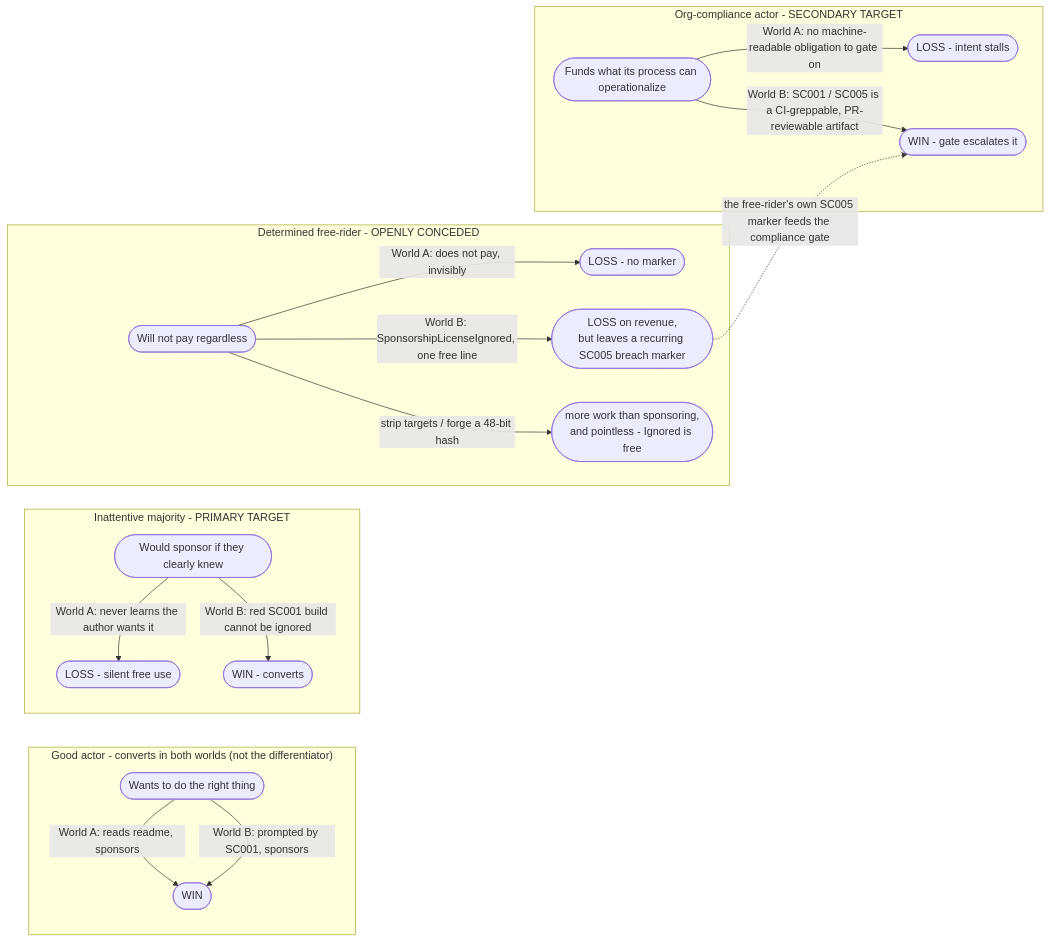
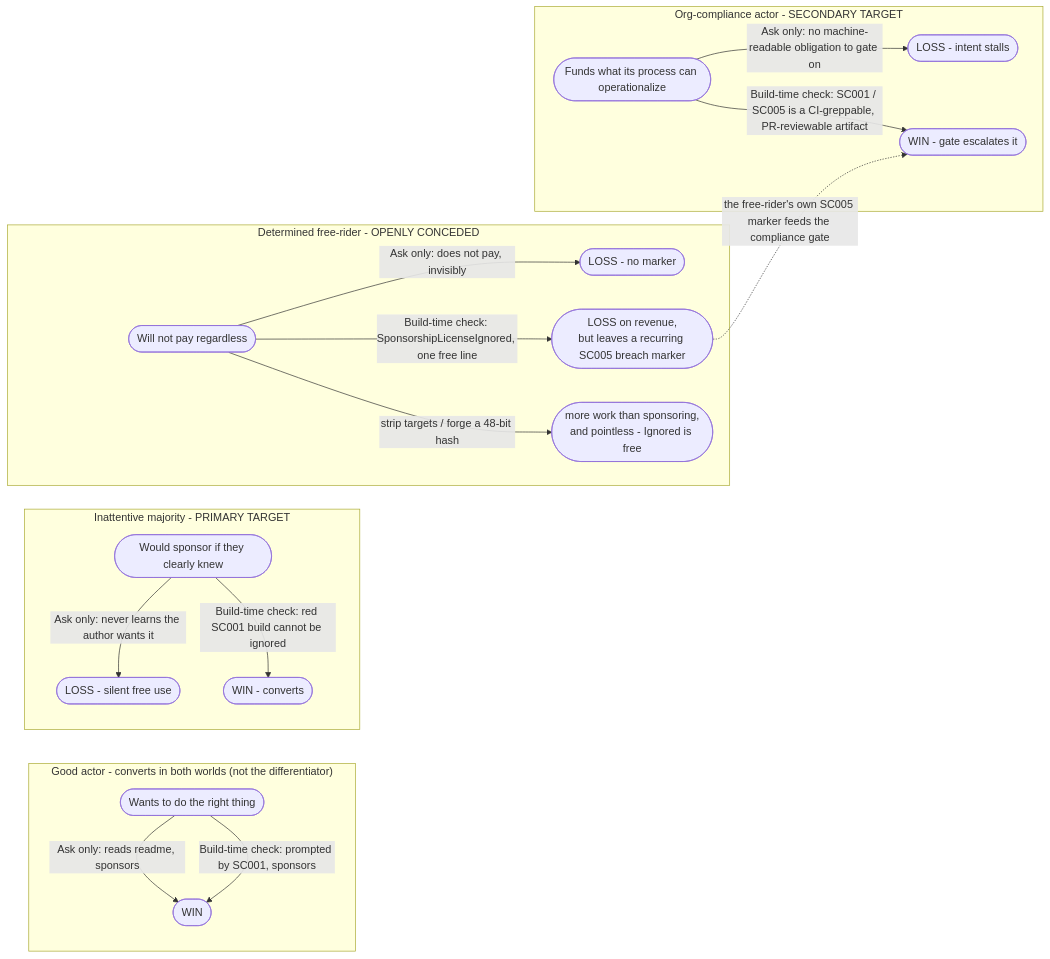
The fourth of 4 diagrams in docs/WhyBuildTimeVerification.md (SimonCropp/SponsorCheck), drawn with Mermaid before and after one commit. The commit also changed other lines of this file, not shown here.

````diff
--- a/docs/WhyBuildTimeVerification.md
+++ b/docs/WhyBuildTimeVerification.md
@@ -149,29 +149,29 @@
 ```mermaid
 flowchart LR
     subgraph Good["Good actor - converts in both worlds (not the differentiator)"]
         G0(["Wants to do the right thing"])
-        G0 -->|"World A: reads readme, sponsors"| GW(["WIN"])
-        G0 -->|"World B: prompted by SC001, sponsors"| GW
+        G0 -->|"Ask only: reads readme, sponsors"| GW(["WIN"])
+        G0 -->|"Build-time check: prompted by SC001, sponsors"| GW
     end
 
     subgraph Inatt["Inattentive majority - PRIMARY TARGET"]
         I0(["Would sponsor if they clearly knew"])
-        I0 -->|"World A: never learns the author wants it"| ILoss(["LOSS - silent free use"])
-        I0 -->|"World B: red SC001 build cannot be ignored"| IWin(["WIN - converts"])
+        I0 -->|"Ask only: never learns the author wants it"| ILoss(["LOSS - silent free use"])
+        I0 -->|"Build-time check: red SC001 build cannot be ignored"| IWin(["WIN - converts"])
     end
 
     subgraph Org["Org-compliance actor - SECONDARY TARGET"]
         O0(["Funds what its process can operationalize"])
-        O0 -->|"World A: no machine-readable obligation to gate on"| OLoss(["LOSS - intent stalls"])
-        O0 -->|"World B: SC001 / SC005 is a CI-greppable, PR-reviewable artifact"| OWin(["WIN - gate escalates it"])
+        O0 -->|"Ask only: no machine-readable obligation to gate on"| OLoss(["LOSS - intent stalls"])
+        O0 -->|"Build-time check: SC001 / SC005 is a CI-greppable, PR-reviewable artifact"| OWin(["WIN - gate escalates it"])
     end
 
     subgraph Free["Determined free-rider - OPENLY CONCEDED"]
         F0(["Will not pay regardless"])
-        F0 -->|"World A: does not pay, invisibly"| FLoss(["LOSS - no marker"])
-        F0 -->|"World B: SponsorshipLicenseIgnored, one free line"| FIgn(["LOSS on revenue,<br/>but leaves a recurring SC005 breach marker"])
+        F0 -->|"Ask only: does not pay, invisibly"| FLoss(["LOSS - no marker"])
+        F0 -->|"Build-time check: SponsorshipLicenseIgnored, one free line"| FIgn(["LOSS on revenue,<br/>but leaves a recurring SC005 breach marker"])
         F0 -->|"strip targets / forge a 48-bit hash"| FStrip(["more work than sponsoring,<br/>and pointless - Ignored is free"])
     end
 
     FIgn -.->|"the free-rider's own SC005 marker feeds the compliance gate"| OWin
 ```
````
